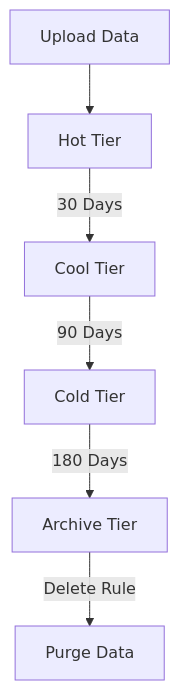
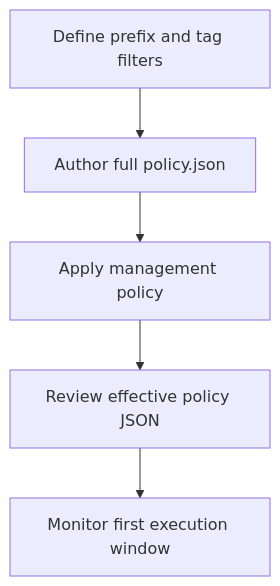
Before and after one commit to yeongseon/azure-storage-practical-guide: the diagram in docs/operations/manage-lifecycle-policies.md, drawn with Mermaid. The commit also changed other lines of this file and 10 other files, not shown here.

````diff
--- a/docs/operations/manage-lifecycle-policies.md
+++ b/docs/operations/manage-lifecycle-policies.md
@@ -36,8 +47,7 @@
 ```mermaid
-graph TD
-    A[Upload Data] --> B[Hot Tier]
-    B -->|30 Days| C[Cool Tier]
-    C -->|90 Days| D[Cold Tier]
-    D -->|180 Days| E[Archive Tier]
-    E -->|Delete Rule| F[Purge Data]
+flowchart TD
+    A[Define prefix and tag filters] --> B[Author full policy.json]
+    B --> C[Apply management policy]
+    C --> D[Review effective policy JSON]
+    D --> E[Monitor first execution window]
 ```
````
